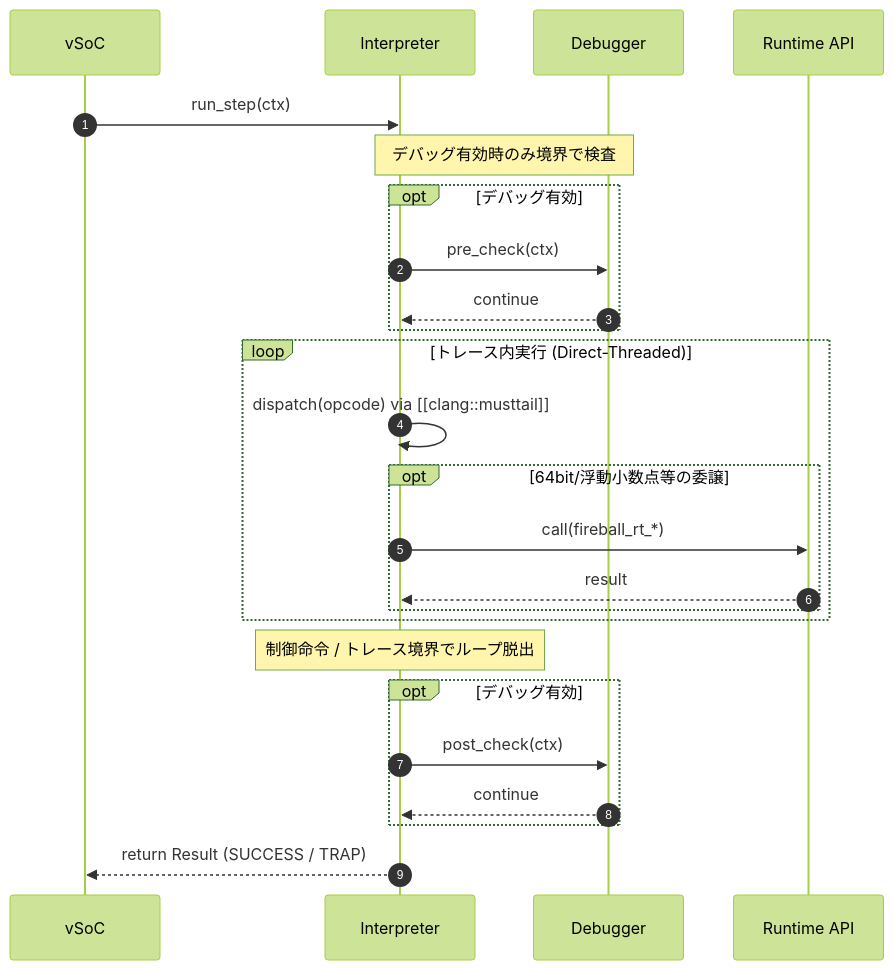
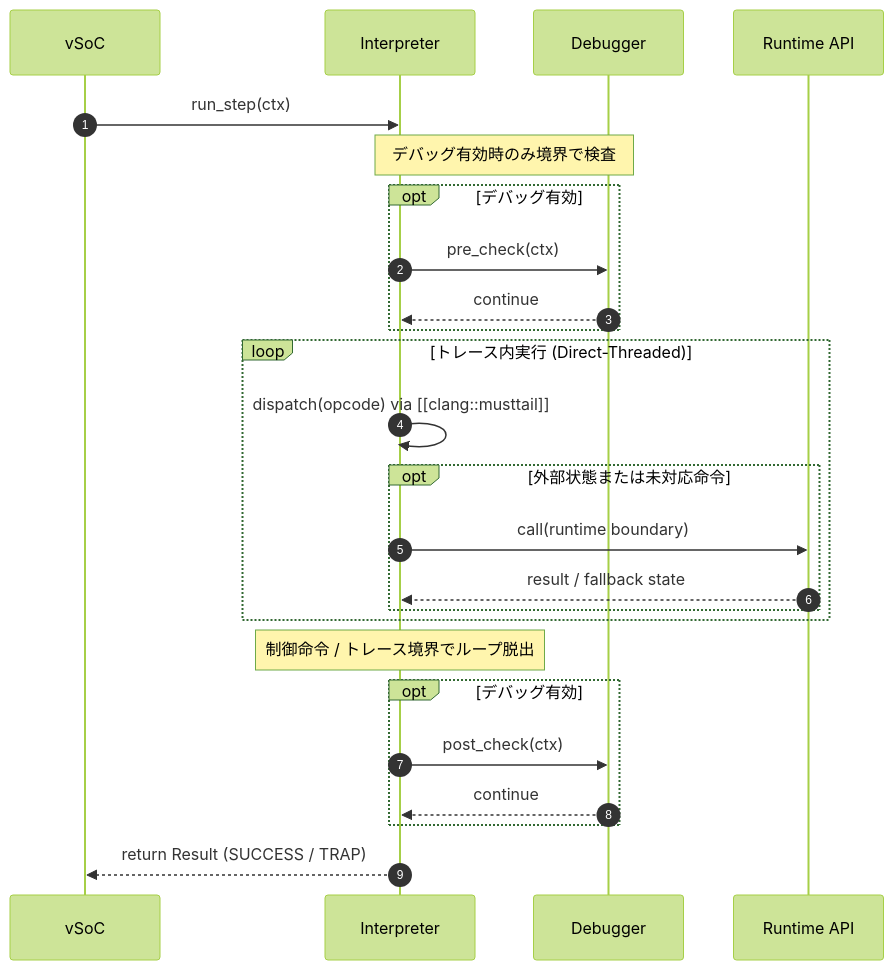
Before and after one commit to kmt-t/fireball: the fourth of 4 diagrams in docs/components/tier3_executer/interpreter.md, drawn with Mermaid (forest theme). The commit also changed other lines of this file and 4 other files, not shown here.

````diff
--- a/docs/components/tier3_executer/interpreter.md
+++ b/docs/components/tier3_executer/interpreter.md
@@ -343,28 +345,28 @@
 ```mermaid
 sequenceDiagram
     autonumber
     participant V as vSoC
     participant I as Interpreter
     participant D as Debugger
     participant R as Runtime API
 
     V->>I: run_step(ctx)
     Note over I,D: デバッグ有効時のみ境界で検査
     opt デバッグ有効
         I->>D: pre_check(ctx)
         D-->>I: continue
     end
     loop トレース内実行 (Direct-Threaded)
         I->>I: dispatch(opcode) via [[clang::musttail]]
-        opt 64bit/浮動小数点等の委譲
-            I->>R: call(fireball_rt_*)
-            R-->>I: result
+        opt 外部状態または未対応命令
+            I->>R: call(runtime boundary)
+            R-->>I: result / fallback state
         end
     end
     Note over I: 制御命令 / トレース境界でループ脱出
     opt デバッグ有効
         I->>D: post_check(ctx)
         D-->>I: continue
     end
     I-->>V: return Result (SUCCESS / TRAP)
 ```
````
